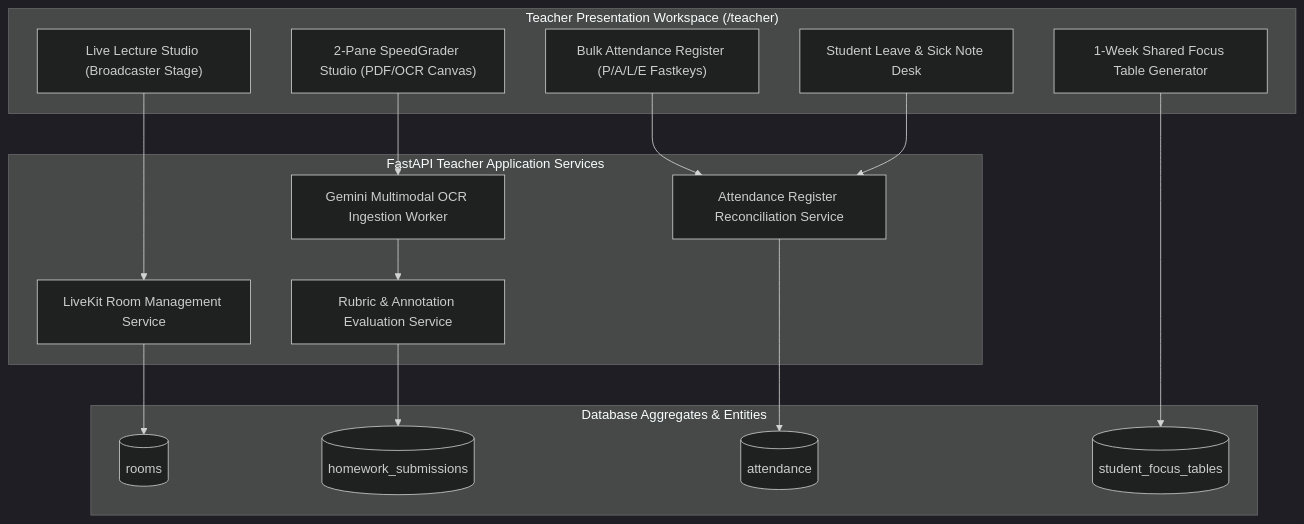
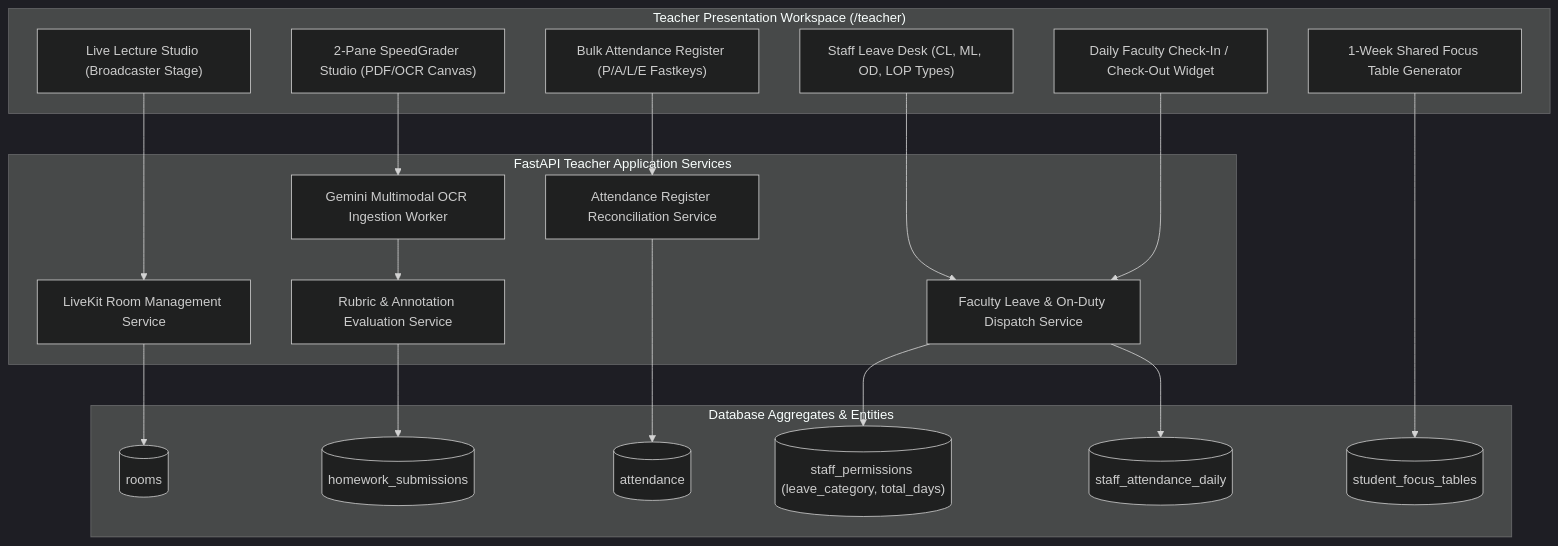
Before and after one commit to DiradzProducts/EDU360: the third of 19 diagrams in docs/architecture/ROLE_WISE_ARCHITECTURE_AND_WORKFLOWS.md, drawn with Mermaid (dark theme). The commit also changed other lines of this file and 6 other files, not shown here.

Commit message:
docs(architecture): synchronize role-wise workflows with payroll LOP, batch exam schedules, and clock engine (v8.5)

````diff
--- a/docs/architecture/ROLE_WISE_ARCHITECTURE_AND_WORKFLOWS.md
+++ b/docs/architecture/ROLE_WISE_ARCHITECTURE_AND_WORKFLOWS.md
@@ -113,30 +127,35 @@
 ```mermaid
 graph TD
     subgraph TeacherWorkspace ["Teacher Presentation Workspace (/teacher)"]
         UI_LIVE_STUDIO["Live Lecture Studio (Broadcaster Stage)"]
         UI_SPEEDGRADER["2-Pane SpeedGrader Studio (PDF/OCR Canvas)"]
         UI_ATT_REGISTER["Bulk Attendance Register (P/A/L/E Fastkeys)"]
-        UI_LEAVE_DESK["Student Leave & Sick Note Desk"]
+        UI_LEAVE_DESK["Staff Leave Desk (CL, ML, OD, LOP Types)"]
+        UI_DAILY_CLOCK["Daily Faculty Check-In / Check-Out Widget"]
         UI_FOCUS_TABLE["1-Week Shared Focus Table Generator"]
     end
 
     subgraph TeacherServices ["FastAPI Teacher Application Services"]
         ROOM_MGR["LiveKit Room Management Service"]
         GRADING_ENG["Rubric & Annotation Evaluation Service"]
         GEMINI_OCR["Gemini Multimodal OCR Ingestion Worker"]
         ATT_RECON["Attendance Register Reconciliation Service"]
+        STAFF_LEAVE_SVC["Faculty Leave & On-Duty Dispatch Service"]
     end
 
     subgraph TeacherEntities ["Database Aggregates & Entities"]
         TBL_ROOMS[("rooms")]
         TBL_HW_SUB[("homework_submissions")]
         TBL_ATT[("attendance")]
+        TBL_STAFF_PERM[("staff_permissions (leave_category, total_days)")]
+        TBL_STAFF_ATT[("staff_attendance_daily")]
         TBL_FOCUS[("student_focus_tables")]
     end
 
     UI_LIVE_STUDIO --> ROOM_MGR --> TBL_ROOMS
     UI_SPEEDGRADER --> GEMINI_OCR --> GRADING_ENG --> TBL_HW_SUB
     UI_ATT_REGISTER --> ATT_RECON --> TBL_ATT
-    UI_LEAVE_DESK --> ATT_RECON
+    UI_LEAVE_DESK --> STAFF_LEAVE_SVC --> TBL_STAFF_PERM
+    UI_DAILY_CLOCK --> STAFF_LEAVE_SVC --> TBL_STAFF_ATT
     UI_FOCUS_TABLE --> TBL_FOCUS
 ```
````
